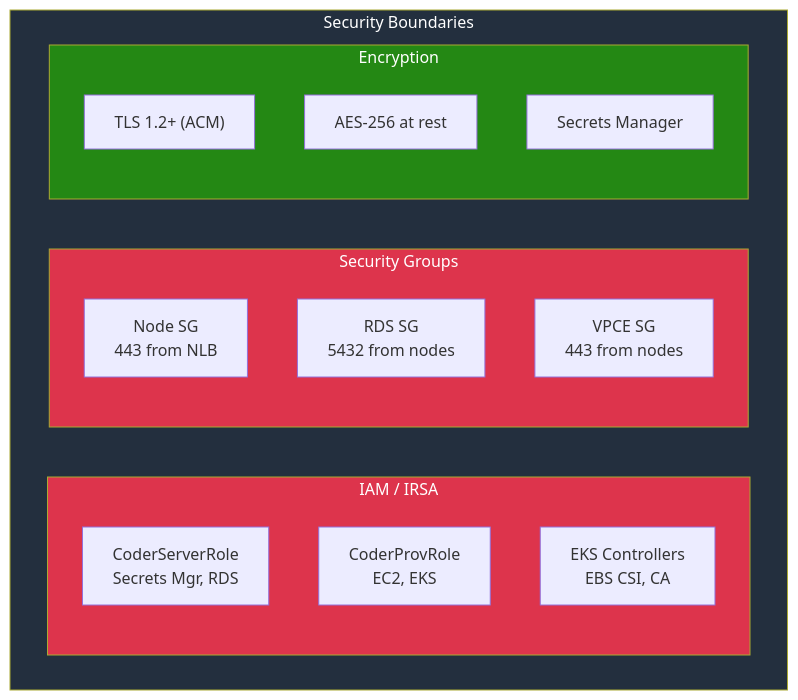
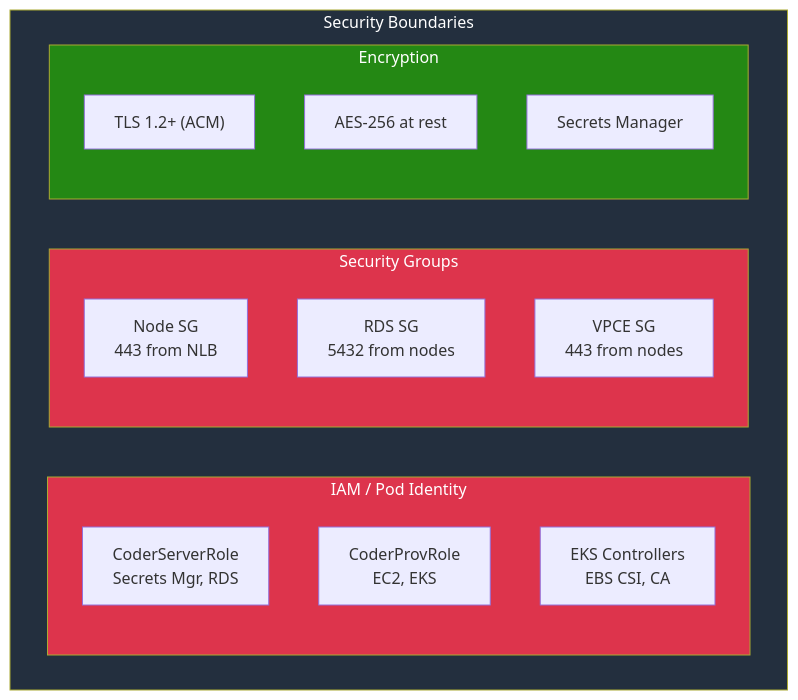
The third of 6 diagrams in deployment-guide/architecture/diagrams.md (ausbru87/coder-deployment-guide-aws), drawn with Mermaid before and after one commit. The commit also changed other lines of this file and 1 other file, not shown here.

Commit message:
Update diagrams: IRSA→Pod Identity, Taint→Label, fix AZ count; expand Scope section

````diff
--- a/deployment-guide/architecture/diagrams.md
+++ b/deployment-guide/architecture/diagrams.md
@@ -221,27 +221,27 @@
 ```mermaid
 flowchart TB
     subgraph Security["Security Boundaries"]
-        subgraph IAM["IAM / IRSA"]
+        subgraph IAM["IAM / Pod Identity"]
             server["CoderServerRole<br/>Secrets Mgr, RDS"]
             prov_role["CoderProvRole<br/>EC2, EKS"]
             ctrl["EKS Controllers<br/>EBS CSI, CA"]
         end
         
         subgraph SG["Security Groups"]
             node["Node SG<br/>443 from NLB"]
             rds["RDS SG<br/>5432 from nodes"]
             vpce["VPCE SG<br/>443 from nodes"]
         end
         
         subgraph Enc["Encryption"]
             tls["TLS 1.2+ (ACM)"]
             rest["AES-256 at rest"]
             secrets["Secrets Manager"]
         end
     end
     
     style Security fill:#232f3e,color:#fff
     style IAM fill:#dd344c,color:#fff
     style SG fill:#dd344c,color:#fff
     style Enc fill:#248814,color:#fff
 ```
````
